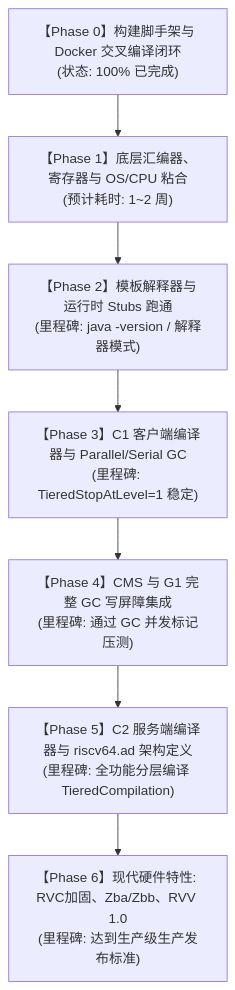
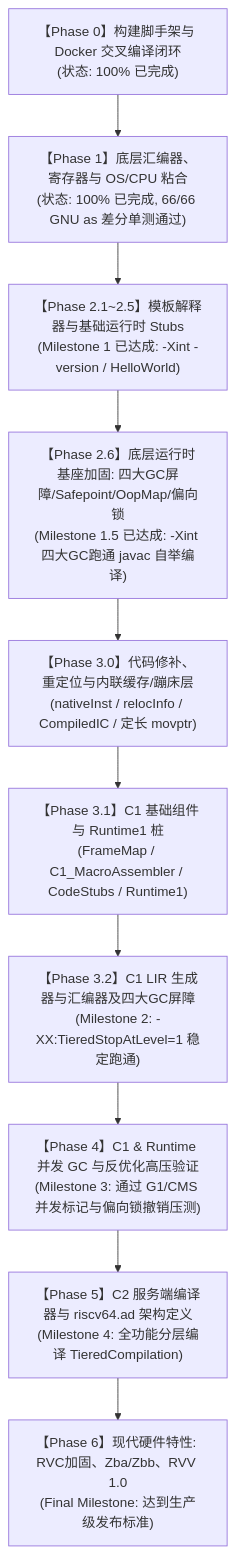
One commit to jiapiat232/riscv-port-jdk8u changed the diagram in docs/04-ROADMAP-AND-MILESTONES.md. Above: the diagram before and after it, drawn with Mermaid. The commit also changed other lines of this file and 12 other files, not shown here.

Commit message:
feat(riscv): complete Step 3.0 code patching, relocations, trampolines, and CompiledIC/icBuffer

````diff
--- a/docs/04-ROADMAP-AND-MILESTONES.md
+++ b/docs/04-ROADMAP-AND-MILESTONES.md
@@ -9,12 +25,15 @@
 ```mermaid
 flowchart TD
     P0["【Phase 0】构建脚手架与 Docker 交叉编译闭环<br/>(状态: 100% 已完成)"]
-    P1["【Phase 1】底层汇编器、寄存器与 OS/CPU 粘合<br/>(预计耗时: 1~2 周)"]
-    P2["【Phase 2】模板解释器与运行时 Stubs 跑通<br/>(里程碑: java -version / 解释器模式)"]
-    P3["【Phase 3】C1 客户端编译器与 Parallel/Serial GC<br/>(里程碑: TieredStopAtLevel=1 稳定)"]
-    P4["【Phase 4】CMS 与 G1 完整 GC 写屏障集成<br/>(里程碑: 通过 GC 并发标记压测)"]
-    P5["【Phase 5】C2 服务端编译器与 riscv64.ad 架构定义<br/>(里程碑: 全功能分层编译 TieredCompilation)"]
-    P6["【Phase 6】现代硬件特性: RVC加固、Zba/Zbb、RVV 1.0<br/>(里程碑: 达到生产级生产发布标准)"]
+    P1["【Phase 1】底层汇编器、寄存器与 OS/CPU 粘合<br/>(状态: 100% 已完成, 66/66 GNU as 差分单测通过)"]
+    P2_1["【Phase 2.1~2.5】模板解释器与基础运行时 Stubs<br/>(Milestone 1 已达成: -Xint -version / HelloWorld)"]
+    P2_6["【Phase 2.6】底层运行时基座加固: 四大GC屏障/Safepoint/OopMap/偏向锁<br/>(Milestone 1.5 已达成: -Xint 四大GC跑通 javac 自举编译)"]
+    P3_0["【Phase 3.0】代码修补、重定位与内联缓存/蹦床层<br/>(nativeInst / relocInfo / CompiledIC / 定长 movptr)"]
+    P3_1["【Phase 3.1】C1 基础组件与 Runtime1 桩<br/>(FrameMap / C1_MacroAssembler / CodeStubs / Runtime1)"]
+    P3_2["【Phase 3.2】C1 LIR 生成器与汇编器及四大GC屏障<br/>(Milestone 2: -XX:TieredStopAtLevel=1 稳定跑通)"]
+    P4["【Phase 4】C1 & Runtime 并发 GC 与反优化高压验证<br/>(Milestone 3: 通过 G1/CMS 并发标记与偏向锁撤销压测)"]
+    P5["【Phase 5】C2 服务端编译器与 riscv64.ad 架构定义<br/>(Milestone 4: 全功能分层编译 TieredCompilation)"]
+    P6["【Phase 6】现代硬件特性: RVC加固、Zba/Zbb、RVV 1.0<br/>(Final Milestone: 达到生产级发布标准)"]
 
-    P0 --> P1 --> P2 --> P3 --> P4 --> P5 --> P6
+    P0 --> P1 --> P2_1 --> P2_6 --> P3_0 --> P3_1 --> P3_2 --> P4 --> P5 --> P6
 ```
````
